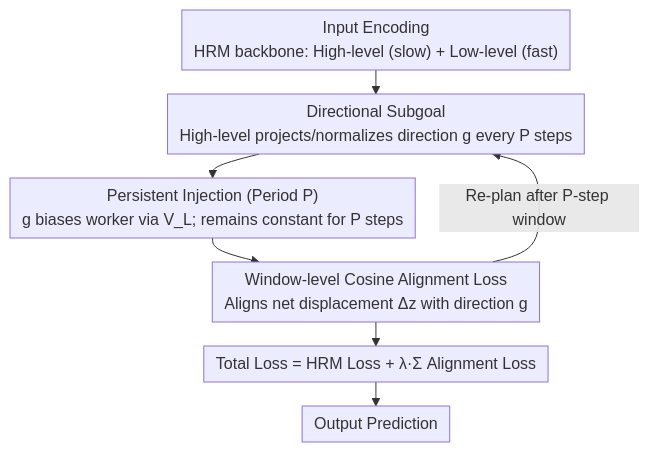
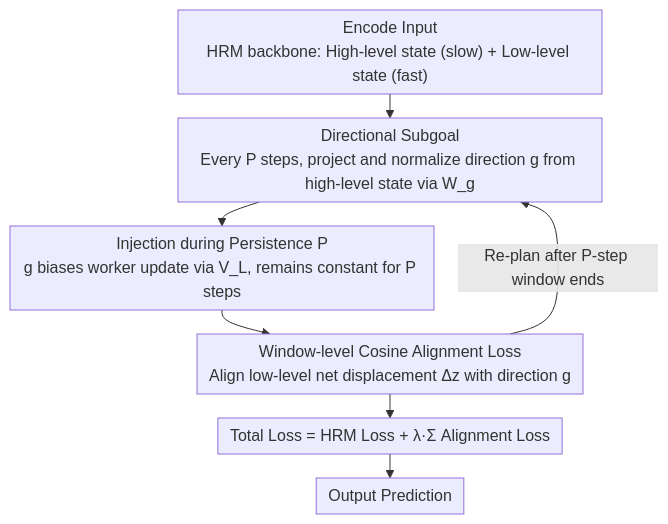
The diagram in docs/ICML2026/llm_reasoning/when_to_re-plan_subgoal_persistence_in_hierarchical_latent_reasoning.md (zhaoyang97/Paper-Notes-en), drawn with Mermaid before and after one commit. The commit also changed other lines of this file and 5084 other files, not shown here.

````diff
--- a/docs/ICML2026/llm_reasoning/when_to_re-plan_subgoal_persistence_in_hierarchical_latent_reasoning.md
+++ b/docs/ICML2026/llm_reasoning/when_to_re-plan_subgoal_persistence_in_hierarchical_latent_reasoning.md
@@ -45,11 +45,11 @@
 ```mermaid
 %%{init: {'flowchart': {'rankSpacing': 24, 'nodeSpacing': 28, 'padding': 6, 'wrappingWidth': 400}}}%%
 flowchart TD
-    IN["Input Encoding<br/>HRM backbone: High-level (slow) + Low-level (fast)"]
-    IN --> EMIT["Directional Subgoal<br/>High-level projects/normalizes direction g every P steps"]
-    EMIT --> INJ["Persistent Injection (Period P)<br/>g biases worker via V_L; remains constant for P steps"]
-    INJ --> ALIGN["Window-level Cosine Alignment Loss<br/>Aligns net displacement Δz with direction g"]
-    ALIGN -->|"Re-plan after P-step window"| EMIT
+    IN["Encode Input<br/>HRM backbone: High-level state (slow) + Low-level state (fast)"]
+    IN --> EMIT["Directional Subgoal<br/>Every P steps, project and normalize direction g from high-level state via W_g"]
+    EMIT --> INJ["Injection during Persistence P<br/>g biases worker update via V_L, remains constant for P steps"]
+    INJ --> ALIGN["Window-level Cosine Alignment Loss<br/>Align low-level net displacement Δz with direction g"]
+    ALIGN -->|"Re-plan after P-step window ends"| EMIT
     ALIGN --> LOSS["Total Loss = HRM Loss + λ·Σ Alignment Loss"]
     LOSS --> OUT["Output Prediction"]
 ```
````
